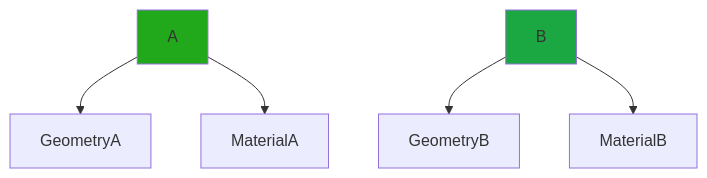
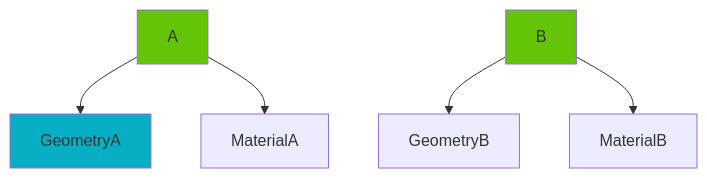
One commit to tomvandig/eccg changed the first of 3 diagrams in README.md. Above: the diagram before and after it, drawn with Mermaid. The commit also changed other lines of this file, not shown here.

````diff
--- a/README.md
+++ b/README.md
@@ -30,12 +30,14 @@
 ```mermaid
 graph TD;
     A-->GeometryA;
     A-->MaterialA;
 
     B-->GeometryB;
     B-->MaterialB;
     
     
-    style A fill:#22a81b
-    style B fill:#1ba842
+    style A fill:#63c408
+    style B fill:#63c408
+
+    style GeometryA fill:#08aec4
 ```
````
